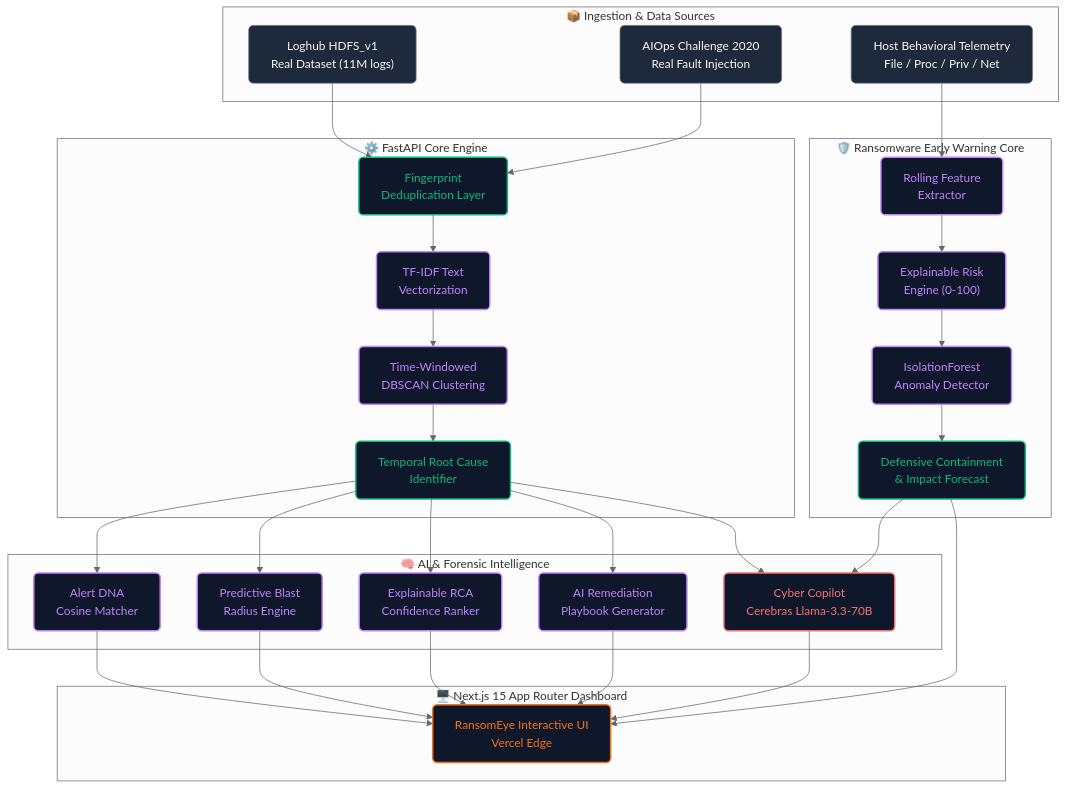
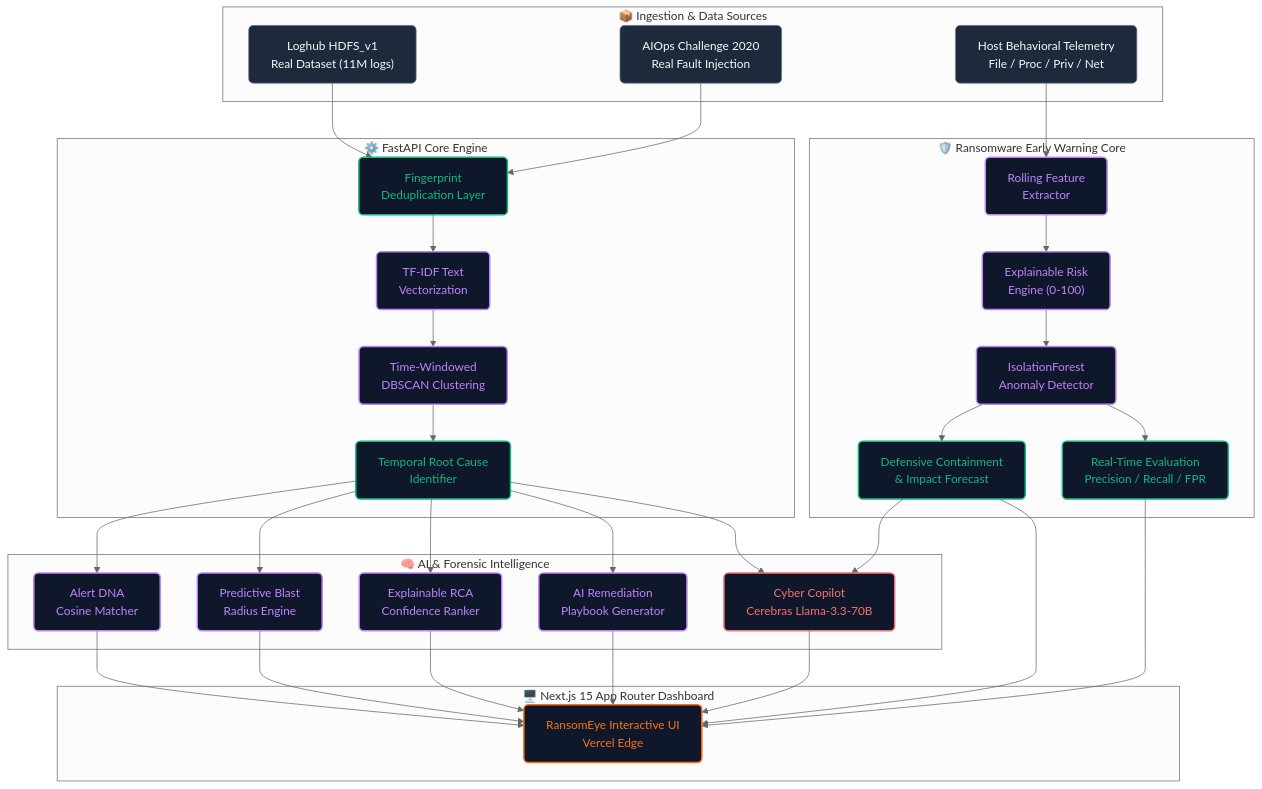
One commit to Aditya-Khetawat/RANSOMEYE-CYBERSECURITY changed the diagram in README.md. Above: the diagram before and after it, drawn with Mermaid (neutral theme). The commit also changed other lines of this file, not shown here.

Commit message:
docs: update README with NetworkTopology map, evaluation metrics, and refined architecture

````diff
--- a/README.md
+++ b/README.md
@@ -195,67 +200,70 @@
 ```mermaid
 graph TD
     classDef frontend fill:#0f172a,stroke:#f97316,stroke-width:2px,color:#f97316,rx:6,ry:6;
     classDef backend fill:#0f172a,stroke:#10b981,stroke-width:2px,color:#10b981,rx:6,ry:6;
     classDef ml fill:#0f172a,stroke:#c084fc,stroke-width:2px,color:#c084fc,rx:6,ry:6;
     classDef ai fill:#0f172a,stroke:#f87171,stroke-width:2px,color:#f87171,rx:6,ry:6;
     classDef external fill:#1e293b,stroke:#64748b,stroke-width:1px,color:#f8fafc,rx:6,ry:6;
 
     subgraph DataSources ["📦 Ingestion & Data Sources"]
         Loghub["Loghub HDFS_v1<br>Real Dataset (11M logs)"]:::external
         AIOps["AIOps Challenge 2020<br>Real Fault Injection"]:::external
         TelemetryGen["Host Behavioral Telemetry<br>File / Proc / Priv / Net"]:::external
     end
 
     subgraph CoreBackend ["⚙️ FastAPI Core Engine"]
         DedupEngine["Fingerprint<br>Deduplication Layer"]:::backend
         VectorEngine["TF-IDF Text<br>Vectorization"]:::ml
         DbscanEngine["Time-Windowed<br>DBSCAN Clustering"]:::ml
         RcaEngine["Temporal Root Cause<br>Identifier"]:::backend
 
         DedupEngine --> VectorEngine
         VectorEngine --> DbscanEngine
         DbscanEngine --> RcaEngine
     end
 
     subgraph RansomwareCore ["🛡️ Ransomware Early Warning Core"]
         FeatureExtractor["Rolling Feature<br>Extractor"]:::ml
         RiskEngine["Explainable Risk<br>Engine (0-100)"]:::ml
         AnomalyDetector["IsolationForest<br>Anomaly Detector"]:::ml
         ContainmentEngine["Defensive Containment<br>& Impact Forecast"]:::backend
+        EvalModule["Real-Time Evaluation<br>Precision / Recall / FPR"]:::backend
 
         FeatureExtractor --> RiskEngine
         RiskEngine --> AnomalyDetector
         AnomalyDetector --> ContainmentEngine
+        AnomalyDetector --> EvalModule
     end
 
     subgraph IntelligenceLayer ["🧠 AI & Forensic Intelligence"]
         AlertDNA["Alert DNA<br>Cosine Matcher"]:::ml
         BlastForecast["Predictive Blast<br>Radius Engine"]:::ml
         XaiRca["Explainable RCA<br>Confidence Ranker"]:::ml
         PlaybookGen["AI Remediation<br>Playbook Generator"]:::ml
         Llamacopilot["Cyber Copilot<br>Cerebras Llama-3.3-70B"]:::ai
     end
 
     subgraph FrontendApp ["🖥️ Next.js 15 App Router Dashboard"]
         UI["RansomEye Interactive UI<br>Vercel Edge"]:::frontend
     end
 
     Loghub --> DedupEngine
     AIOps --> DedupEngine
     TelemetryGen --> FeatureExtractor
 
     RcaEngine --> AlertDNA
     RcaEngine --> BlastForecast
     RcaEngine --> XaiRca
     RcaEngine --> PlaybookGen
     RcaEngine --> Llamacopilot
 
     ContainmentEngine --> Llamacopilot
 
     AlertDNA --> UI
     BlastForecast --> UI
     XaiRca --> UI
     PlaybookGen --> UI
     ContainmentEngine --> UI
+    EvalModule --> UI
     Llamacopilot --> UI
 ```
````
